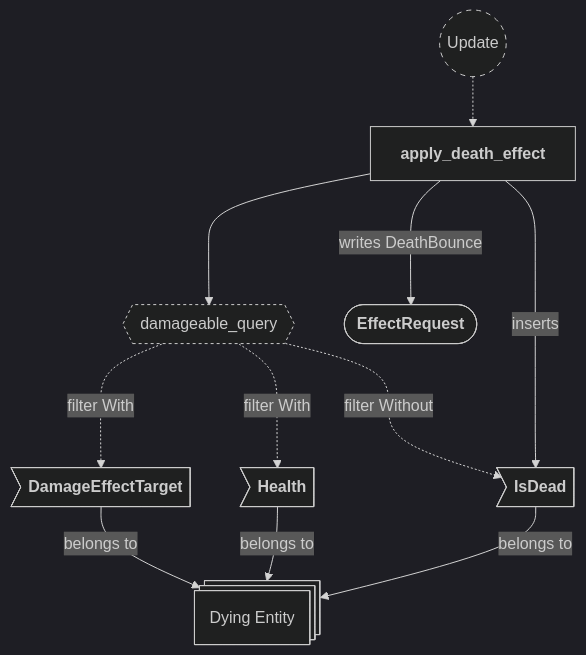
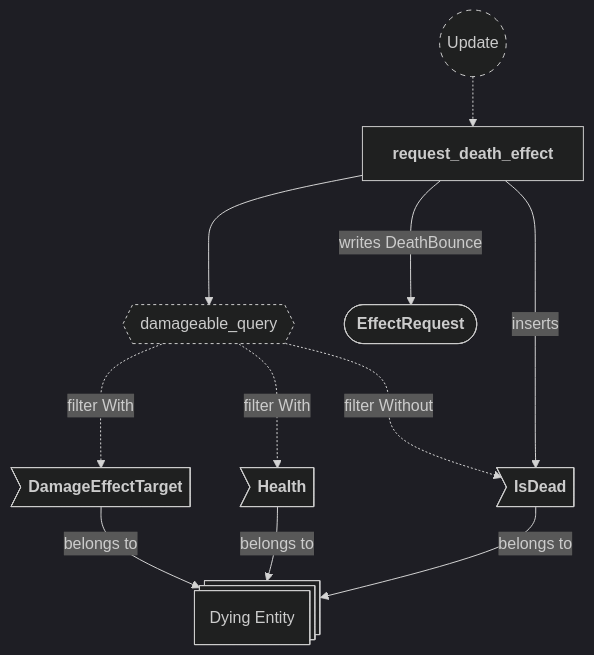
One commit to neurosoup/tyled changed diagram 14 of 22 in backlog/docs/doc-10 - 008-Effects-plugin.md. Above: the diagram before and after it, drawn with Mermaid. The commit also changed other lines of this file and 3 other files, not shown here.

First line of the commit message:
Docs: rewrite doc-11 damage plugin, diagrams in doc-10; rename effect request systems

````diff
--- a/backlog/docs/doc-10 - 008-Effects-plugin.md
+++ b/backlog/docs/doc-10 - 008-Effects-plugin.md
@@ -580,33 +669,33 @@
 ```mermaid
 ---
 config:
   theme: dark
 ---
 
 flowchart TD
 classDef system-group stroke-dasharray: 5 5
 classDef query stroke-dasharray: 3 3
 
 update(("`Update`")):::system-group
-apply_death_effect["`**apply_death_effect**`"]
+request_death_effect["`**request_death_effect**`"]
 
-update -.-> apply_death_effect
+update -.-> request_death_effect
 
 dying_query{{"`damageable_query`"}}:::query
-apply_death_effect ---> dying_query
+request_death_effect ---> dying_query
 
 dying_entity@{ shape: st-rect, label: "Dying Entity" }
 
 de_marker>"`**DamageEffectTarget**`"] --> |belongs to| dying_entity
 de_health>"`**Health**`"] --> |belongs to| dying_entity
 de_is_dead>"`**IsDead**`"] --> |belongs to| dying_entity
 
 dying_query -..-> |filter With| de_marker
 dying_query -..-> |filter With| de_health
 dying_query -..-> |filter Without| de_is_dead
 
-apply_death_effect ---> |inserts| de_is_dead
+request_death_effect ---> |inserts| de_is_dead
 
 effect_request(["`**EffectRequest**`"])
-apply_death_effect ---> |writes DeathBounce| effect_request
+request_death_effect ---> |writes DeathBounce| effect_request
 ```
````
